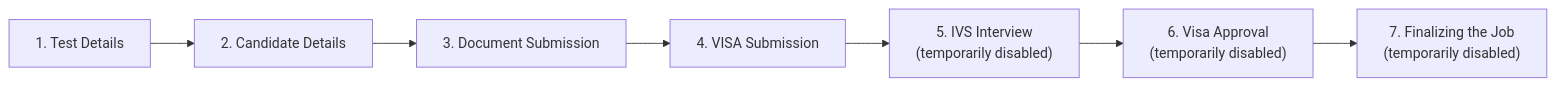
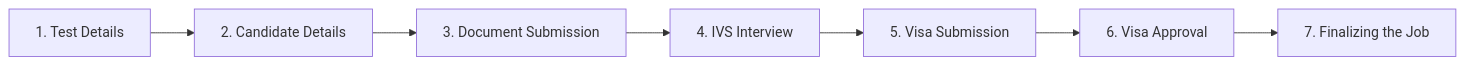
One commit to emlynk-pixel/EmlynkWABot changed the fifth of 12 diagrams in README.md. Above: the diagram before and after it, drawn with Mermaid. The commit also changed other lines of this file and 1 other file, not shown here.

Commit message:
docs: redesign database architecture and master ER

````diff
--- a/README.md
+++ b/README.md
@@ -392,9 +618,9 @@
 ```mermaid
 flowchart LR
     S1["1. Test Details"] --> S2["2. Candidate Details"]
     S2 --> S3["3. Document Submission"]
-    S3 --> S4["4. VISA Submission"]
-    S4 --> S5["5. IVS Interview<br/>(temporarily disabled)"]
-    S5 --> S6["6. Visa Approval<br/>(temporarily disabled)"]
-    S6 --> S7["7. Finalizing the Job<br/>(temporarily disabled)"]
+    S3 --> S4["4. IVS Interview"]
+    S4 --> S5["5. Visa Submission"]
+    S5 --> S6["6. Visa Approval"]
+    S6 --> S7["7. Finalizing the Job"]
 ```
````
